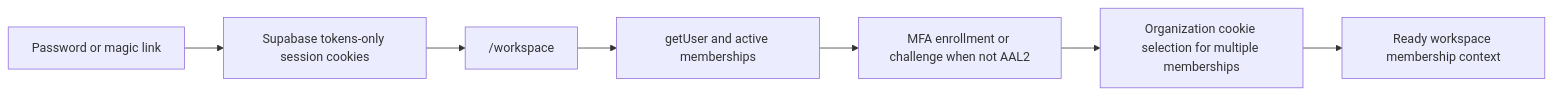
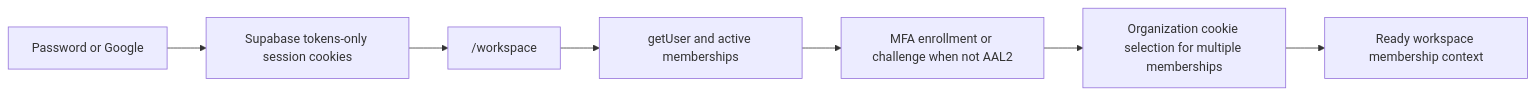
One commit to Mina-Sayed/voya-os changed the third of 3 diagrams in docs/memory/ARCHITECTURE.md. Above: the diagram before and after it, drawn with Mermaid. The commit also changed other lines of this file and 219 other files, not shown here.

````diff
--- a/docs/memory/ARCHITECTURE.md
+++ b/docs/memory/ARCHITECTURE.md
@@ -94,9 +97,9 @@
 ```mermaid
 flowchart LR
-  SignIn["Password or magic link"] --> Cookies["Supabase tokens-only session cookies"]
+  SignIn["Password or Google"] --> Cookies["Supabase tokens-only session cookies"]
   Cookies --> Workspace["/workspace"]
   Workspace --> Identity["getUser and active memberships"]
   Identity --> Mfa["MFA enrollment or challenge when not AAL2"]
   Mfa --> Org["Organization cookie selection for multiple memberships"]
   Org --> Ready["Ready workspace membership context"]
 ```
````
